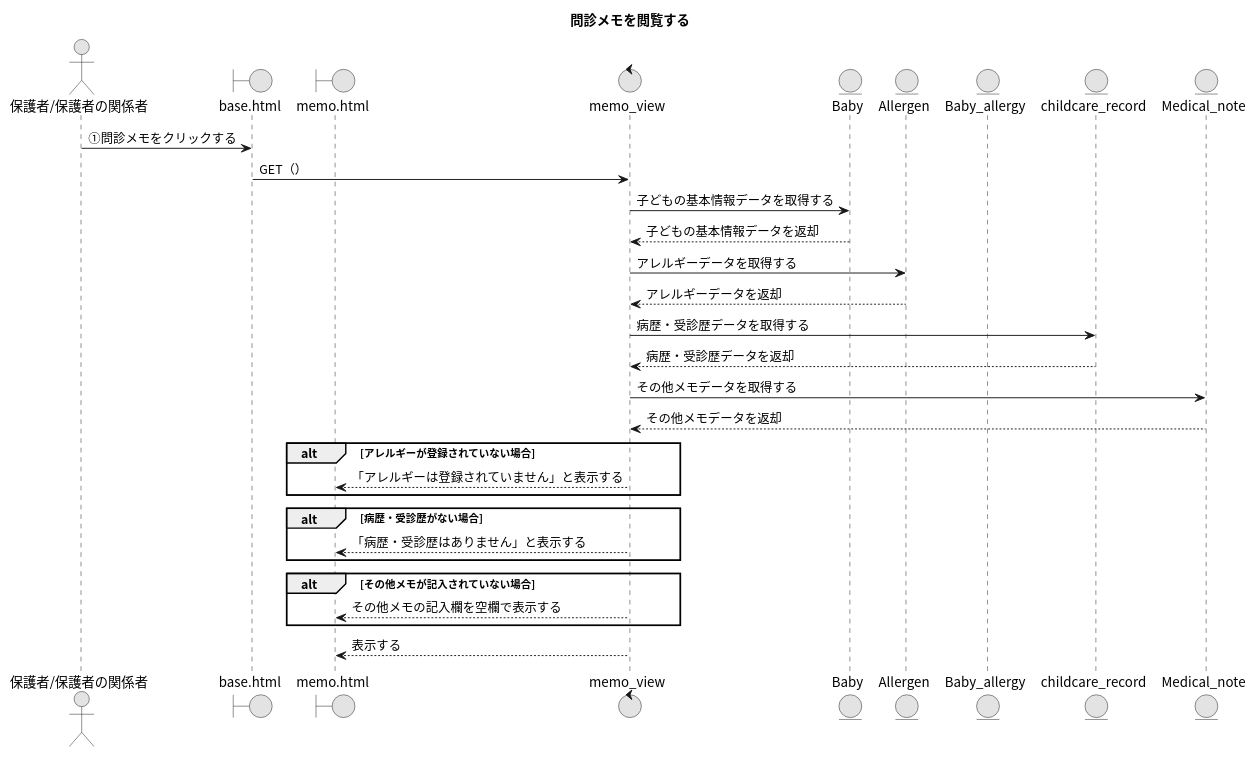
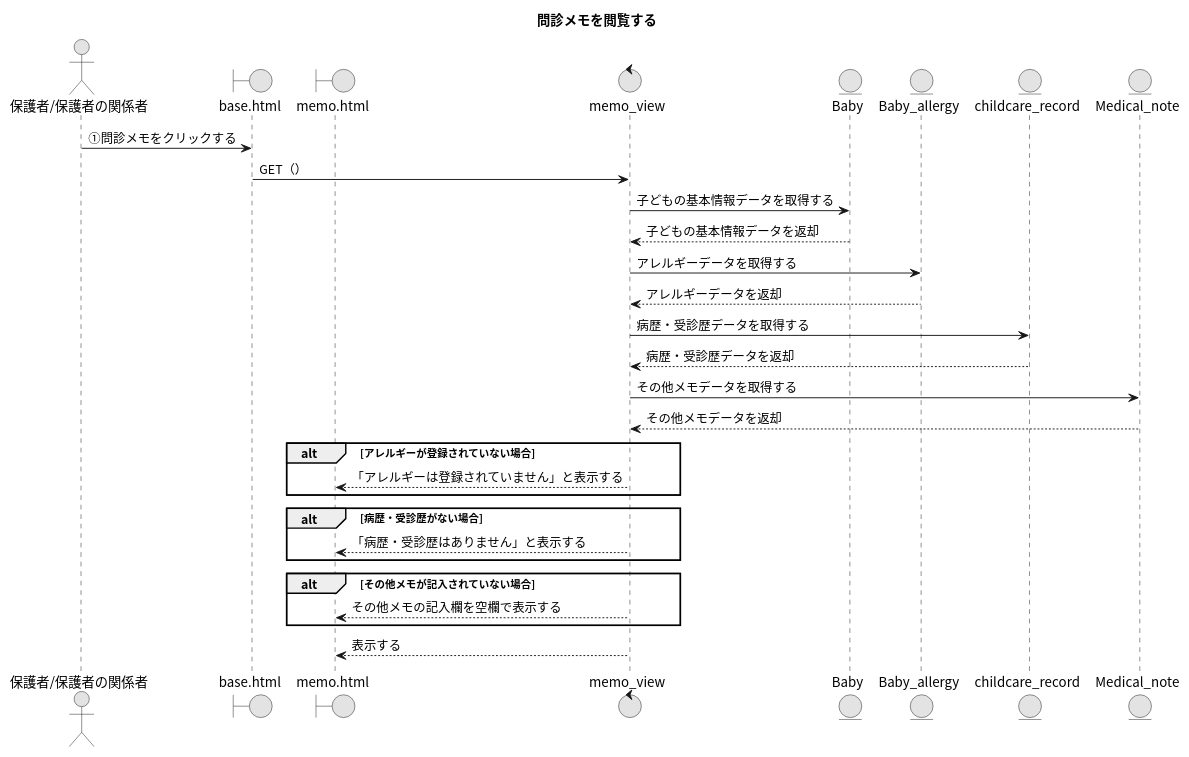
One commit to Ma2naga190330/26_sotugyou_puml changed the diagram in 16_問診メモを閲覧する.puml. Above: the diagram before and after it, drawn with PlantUML.

Commit message:
fix : 問診メモを閲覧するを変更

```diff
--- a/16_問診メモを閲覧する.puml
+++ b/16_問診メモを閲覧する.puml
@@ -1,38 +1,37 @@
 @startuml
 title 問診メモを閲覧する
 skinparam defaultFontName "Noto Sans CJK JP"
 skinparam monochrome true
 
 actor "保護者/保護者の関係者" as A
 boundary "base.html" as BP
 boundary "memo.html" as MP
 control "memo_view" as MV
 entity "Baby" as BM
-entity "Allergen" as AM
 entity "Baby_allergy" as BAM
 ' 育児記録--病歴/受診歴
 entity "childcare_record" as CM
 ' 問診メモ（備考）
 entity "Medical_note" as MNM
 
 A -> BP : ①問診メモをクリックする
 BP -> MV : GET（）
 MV -> BM : 子どもの基本情報データを取得する
 MV <-- BM : 子どもの基本情報データを返却
-MV -> AM : アレルギーデータを取得する
-MV <-- AM : アレルギーデータを返却
+MV -> BAM : アレルギーデータを取得する
+MV <-- BAM : アレルギーデータを返却
 MV -> CM : 病歴・受診歴データを取得する
 MV <-- CM : 病歴・受診歴データを返却
 MV -> MNM : その他メモデータを取得する
 MV <-- MNM : その他メモデータを返却
 alt アレルギーが登録されていない場合
   MV --> MP : 「アレルギーは登録されていません」と表示する
 end
 alt 病歴・受診歴がない場合
   MV --> MP : 「病歴・受診歴はありません」と表示する
 end
 alt その他メモが記入されていない場合
   MV --> MP : その他メモの記入欄を空欄で表示する
 end
 MV --> MP : 表示する
 @enduml
```
